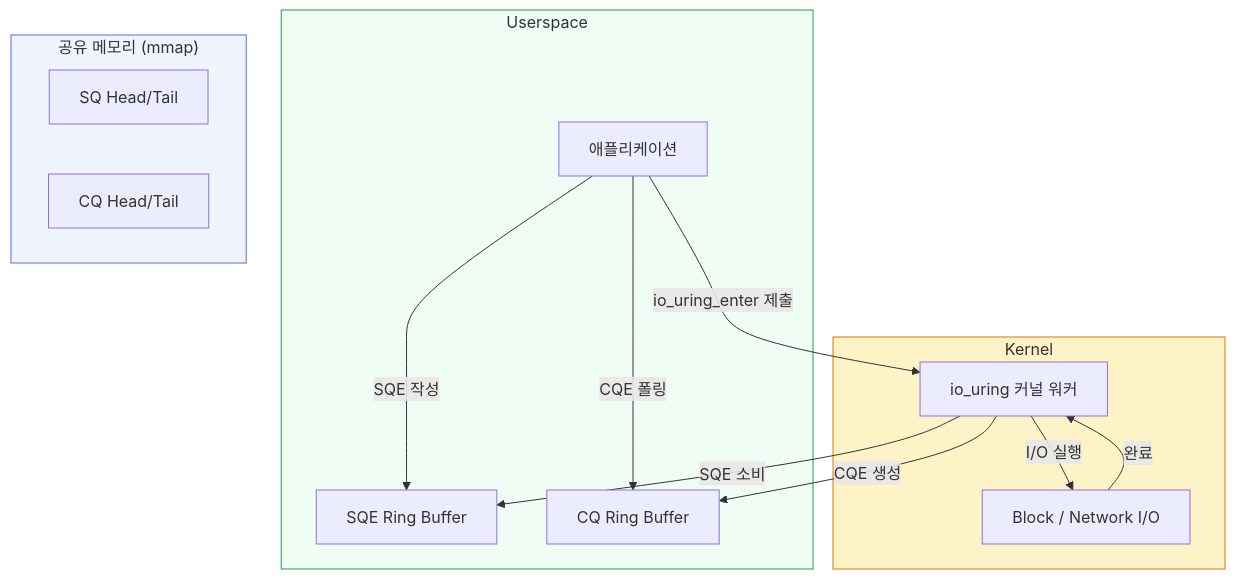
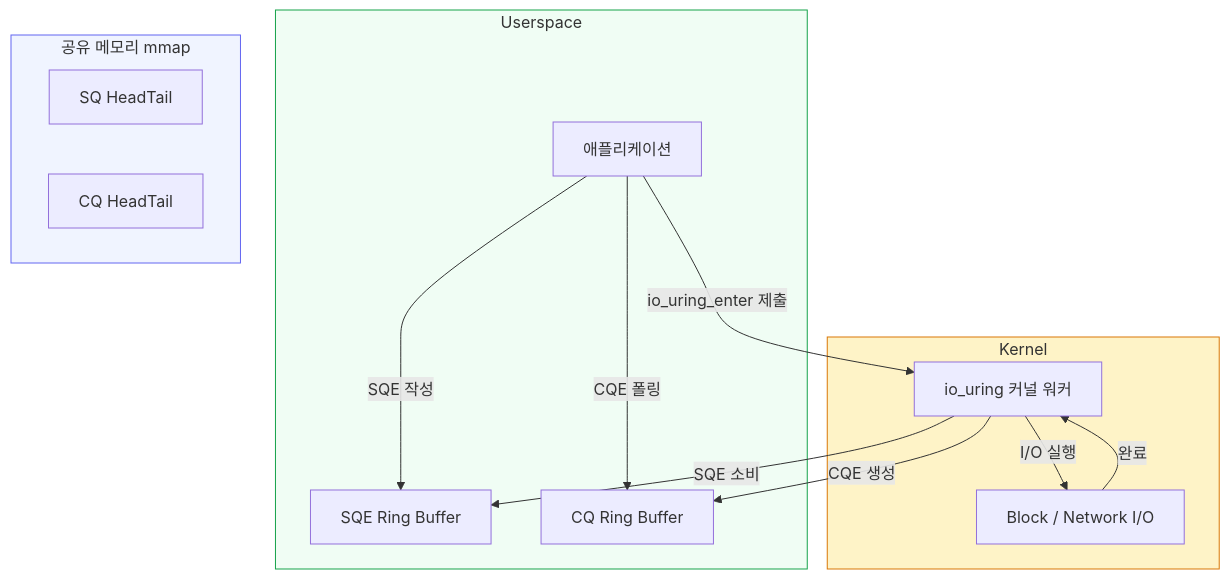
Before and after one commit to moonblueblue/devops-wiki: the second of 5 diagrams in content/linux/performance/io-uring.md, drawn with Mermaid. The commit also changed 37 other files, not shown here.

First line of the commit message:
style: linux 카테고리 ASCII 도표·Mermaid 라벨 형식 교정

````diff
--- a/content/linux/performance/io-uring.md
+++ b/content/linux/performance/io-uring.md
@@ -83,30 +83,30 @@
 ```mermaid
 graph TB
     subgraph Userspace
         App["애플리케이션"]
         SQEs["SQE Ring Buffer"]
         CQEs["CQ Ring Buffer"]
     end
 
-    subgraph SharedMemory["공유 메모리 (mmap)"]
-        SQ_Head["SQ Head/Tail"]
-        CQ_Head["CQ Head/Tail"]
+    subgraph SharedMemory["공유 메모리 mmap"]
+        SQ_Head["SQ HeadTail"]
+        CQ_Head["CQ HeadTail"]
     end
 
     subgraph Kernel
         KWorker["io_uring 커널 워커"]
         IO["Block / Network I/O"]
     end
 
     App -->|"SQE 작성"| SQEs
     App -->|"io_uring_enter 제출"| KWorker
     KWorker -->|"SQE 소비"| SQEs
     KWorker -->|"I/O 실행"| IO
     IO -->|"완료"| KWorker
     KWorker -->|"CQE 생성"| CQEs
     App -->|"CQE 폴링"| CQEs
 
     style SharedMemory fill:#f0f4ff,stroke:#6366f1
     style Kernel fill:#fef3c7,stroke:#d97706
     style Userspace fill:#f0fdf4,stroke:#16a34a
 ```
````
